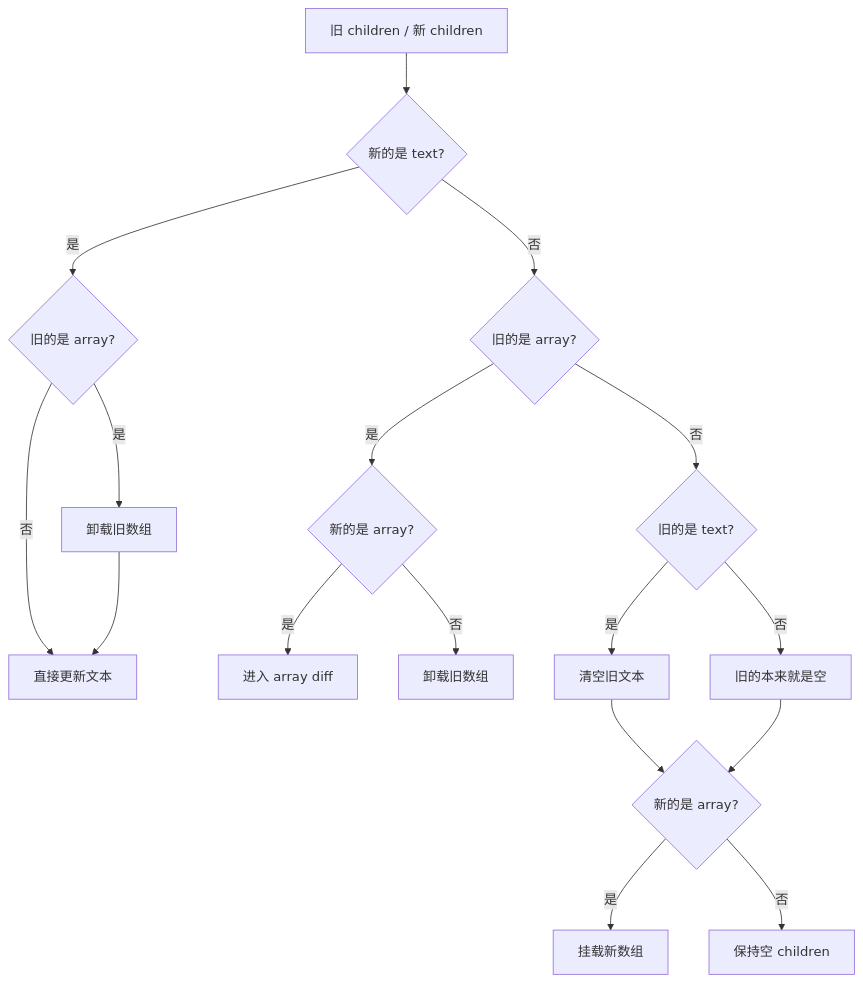
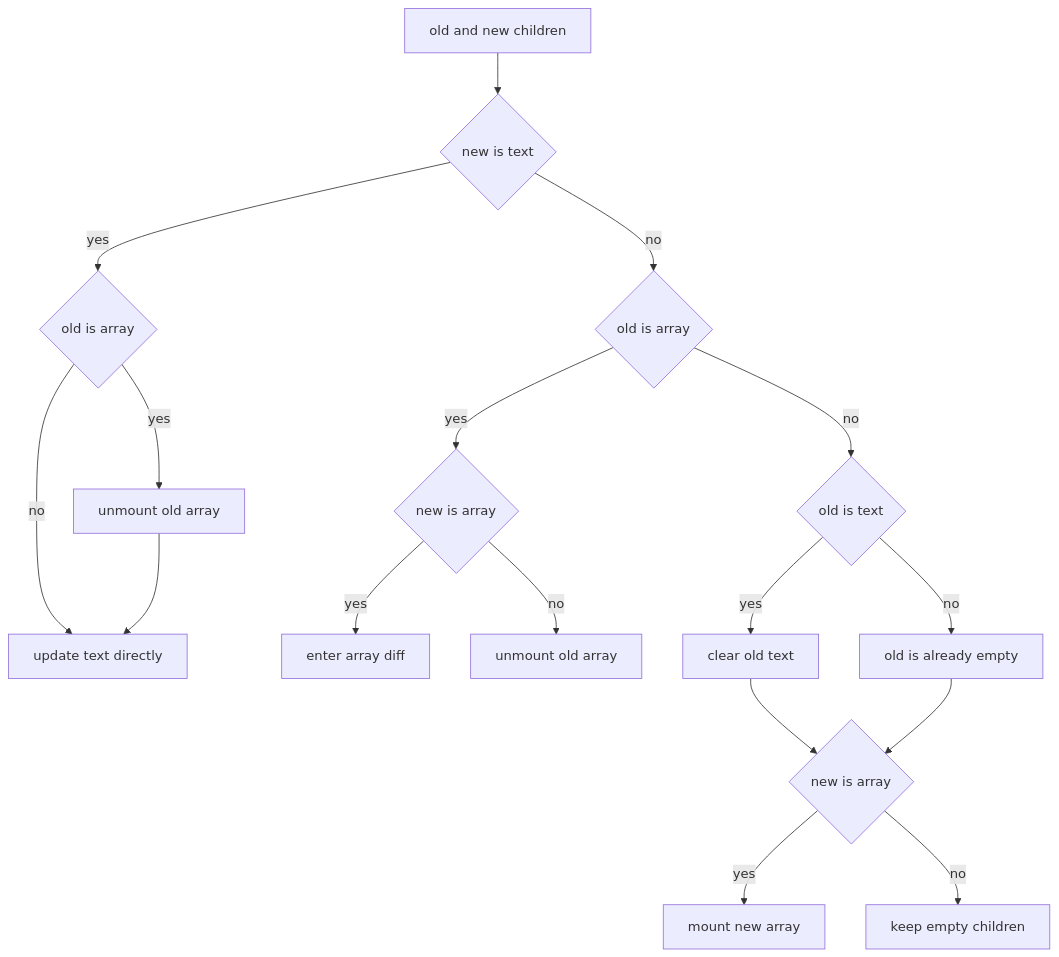
The second of 17 diagrams in docs/vue/source/runtime-core/diff-algorithm-interview.md (Tajigaqzh/front_basic), drawn with Mermaid before and after one commit. The commit also changed other lines of this file and 11 other files, not shown here.

````diff
--- a/docs/vue/source/runtime-core/diff-algorithm-interview.md
+++ b/docs/vue/source/runtime-core/diff-algorithm-interview.md
@@ -136,21 +136,21 @@
 ```mermaid
 flowchart TD
-  A[旧 children / 新 children] --> B{新的是 text?}
-  B -- 是 --> C{旧的是 array?}
-  C -- 是 --> D[卸载旧数组]
-  C -- 否 --> E[直接更新文本]
+  A["old and new children"] --> B{"new is text"}
+  B -- yes --> C{"old is array"}
+  C -- yes --> D["unmount old array"]
+  C -- no --> E["update text directly"]
   D --> E
 
-  B -- 否 --> F{旧的是 array?}
-  F -- 是 --> G{新的是 array?}
-  G -- 是 --> H[进入 array diff]
-  G -- 否 --> I[卸载旧数组]
+  B -- no --> F{"old is array"}
+  F -- yes --> G{"new is array"}
+  G -- yes --> H["enter array diff"]
+  G -- no --> I["unmount old array"]
 
-  F -- 否 --> J{旧的是 text?}
-  J -- 是 --> K[清空旧文本]
-  J -- 否 --> L[旧的本来就是空]
-  K --> M{新的是 array?}
+  F -- no --> J{"old is text"}
+  J -- yes --> K["clear old text"]
+  J -- no --> L["old is already empty"]
+  K --> M{"new is array"}
   L --> M
-  M -- 是 --> N[挂载新数组]
-  M -- 否 --> O[保持空 children]
+  M -- yes --> N["mount new array"]
+  M -- no --> O["keep empty children"]
 ```
````
